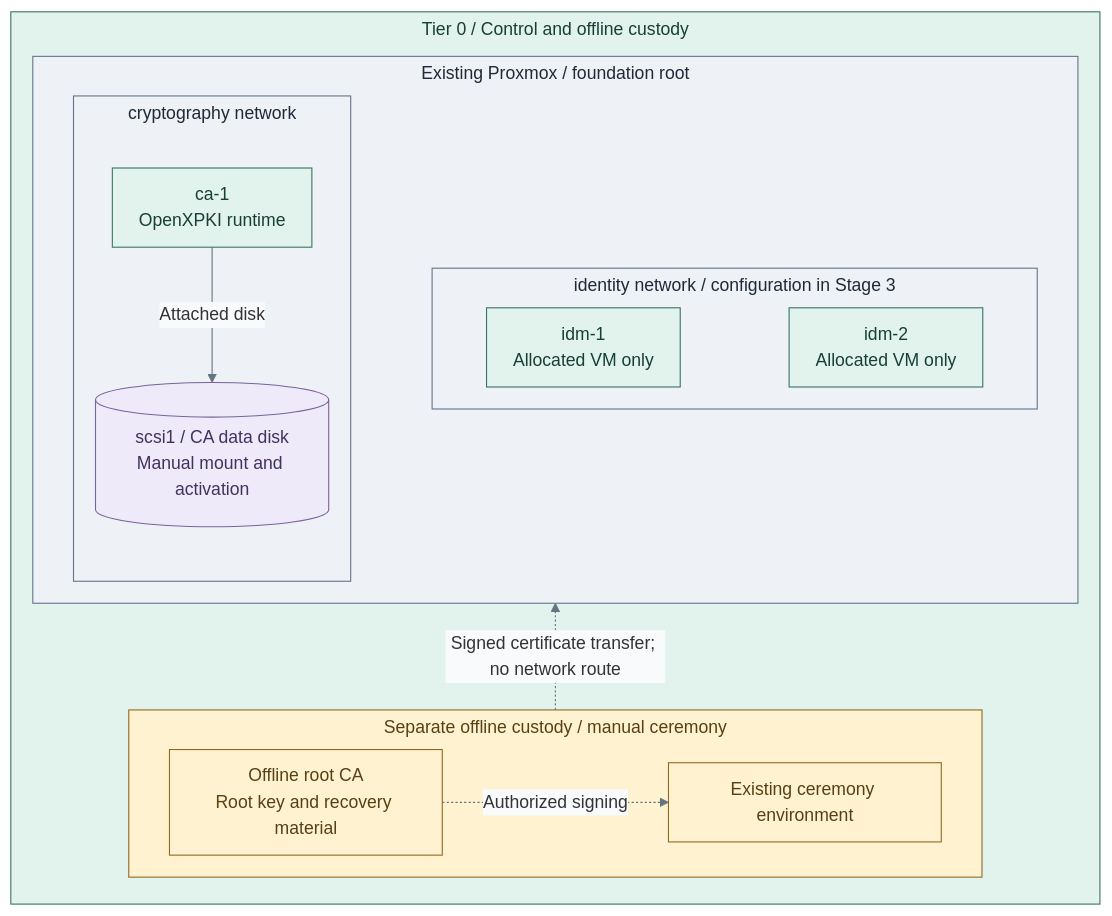
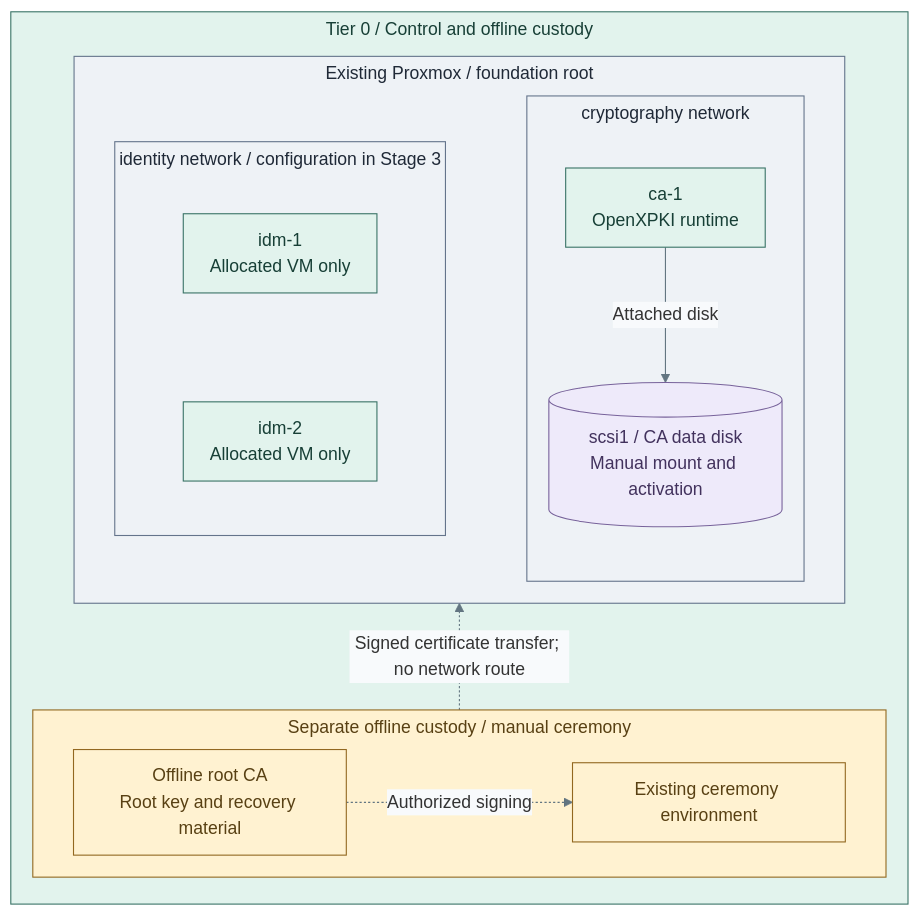
The diagram in docs/deployment/stage-2-trust/README.md (Rexus/homelab), drawn with Mermaid before and after one commit. The commit also changed other lines of this file and 89 other files, not shown here.

Commit message:
docs(deployment): align capability stages and diagrams

````diff
--- a/docs/deployment/stage-2-trust/README.md
+++ b/docs/deployment/stage-2-trust/README.md
@@ -21,39 +21,39 @@
 ```mermaid
 %%{init: {"theme":"base","flowchart":{"nodeSpacing":20,"rankSpacing":24,"padding":12,"subGraphTitleMargin":{"top":4,"bottom":12}},"themeVariables":{"lineColor":"#627581","edgeLabelBackground":"#f8fafc"}}}%%
 flowchart BT
   subgraph T0["Tier 0 / Control and offline custody"]
     direction BT
     subgraph Offline["Separate offline custody / manual ceremony"]
       direction LR
       Root["Offline root CA<br/>Root key and recovery material"]
       Ceremony["Existing ceremony environment"]
       Root -. Authorized signing .-> Ceremony
     end
     subgraph PVE["Existing Proxmox / foundation root"]
       direction LR
+      subgraph Identity["identity network / configuration in Stage 3"]
+        direction TB
+        Primary["idm-1<br/>Allocated VM only"]
+        Replica["idm-2<br/>Allocated VM only"]
+        Primary ~~~ Replica
+      end
       subgraph Crypto["cryptography network"]
         direction TB
         Issuer["ca-1<br/>OpenXPKI runtime"]
         Data[("scsi1 / CA data disk<br/>Manual mount and activation")]
         Issuer -->|Attached disk| Data
       end
-      subgraph Identity["identity network / configuration in Stage 3"]
-        direction LR
-        Primary["idm-1<br/>Allocated VM only"]
-        Replica["idm-2<br/>Allocated VM only"]
-        Primary ~~~ Replica
-      end
-      Crypto ~~~ Identity
+      Identity ~~~ Crypto
     end
     Offline -. "Signed certificate transfer; no network route" .-> PVE
   end
   classDef default fill:#f8fafc,stroke:#64748b,color:#1f2937
   classDef boundary fill:#eef2f6,stroke:#64748b,color:#1f2937
   classDef custody fill:#fff2d1,stroke:#926820,color:#584013
   classDef control fill:#e2f3ed,stroke:#397366,color:#173f36
   classDef data fill:#eeeafa,stroke:#78639b,color:#42325d
   class PVE,Crypto,Identity boundary
   class Offline,Root,Ceremony custody
   class T0,Issuer,Primary,Replica control
   class Data data
 ```
````
